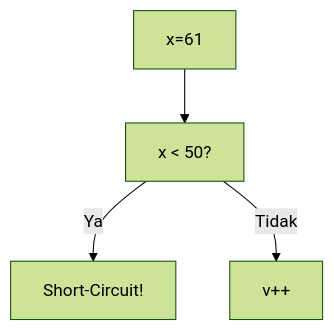
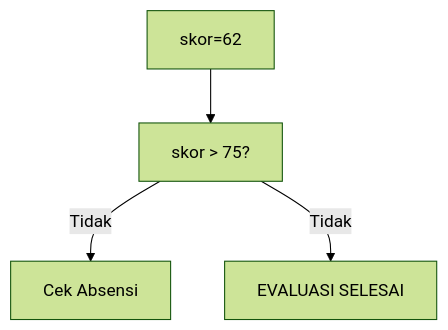
Before and after one commit to amnahwaida/OSNK_INF_PREP: diagram 16 of 25 in part-c-pemahaman-cpp/02-percabangan/latihan/set-01.md, drawn with Mermaid (forest theme). The commit also changed other lines of this file and 71 other files, not shown here.

````diff
--- a/part-c-pemahaman-cpp/02-percabangan/latihan/set-01.md
+++ b/part-c-pemahaman-cpp/02-percabangan/latihan/set-01.md
@@ -445,6 +464,6 @@
 ```mermaid
 graph TD
-A["x=61"] --> B["x < 50?"]
-B -- Ya --> C["Short-Circuit!"]
-B -- Tidak --> D["v++"]
+A["skor=62"] --> B["skor > 75?"]
+B -- Tidak --> C["Cek Absensi"]
+B -- Tidak --> D["EVALUASI SELESAI"]
 ```
````
